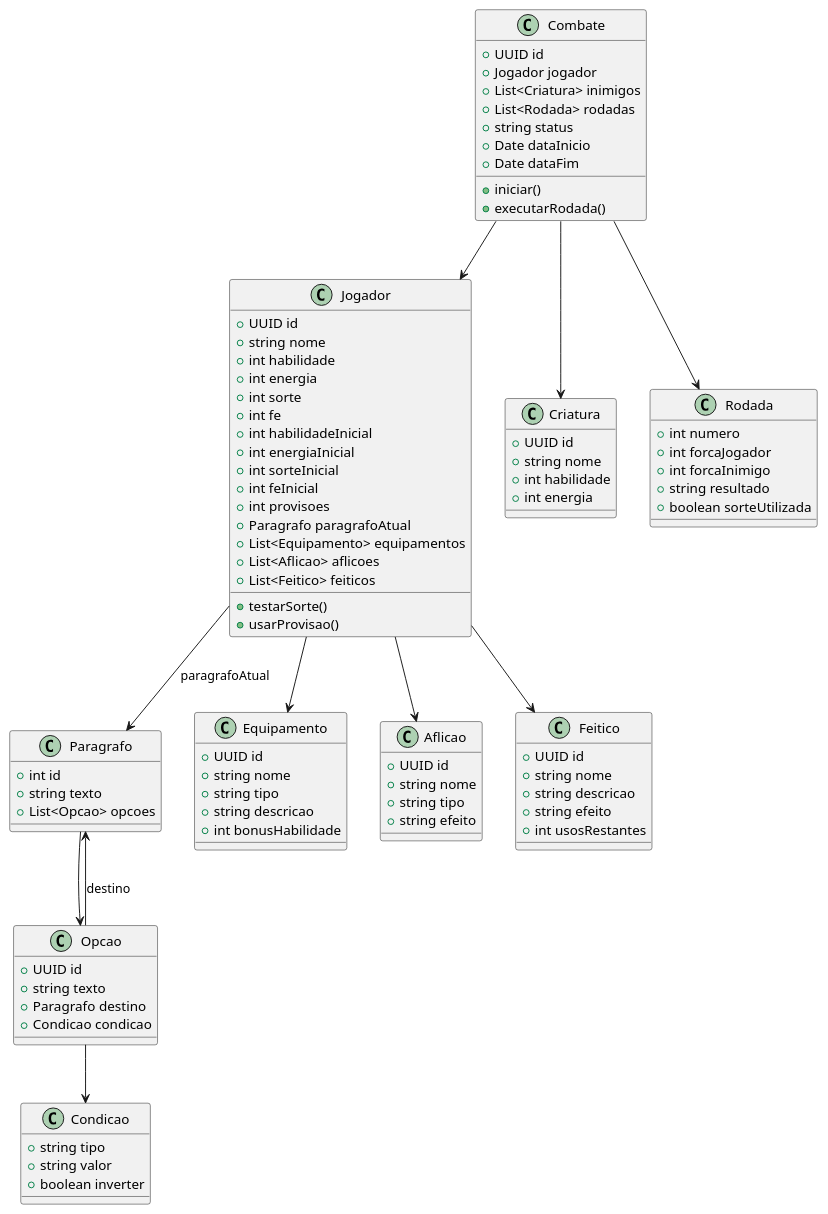
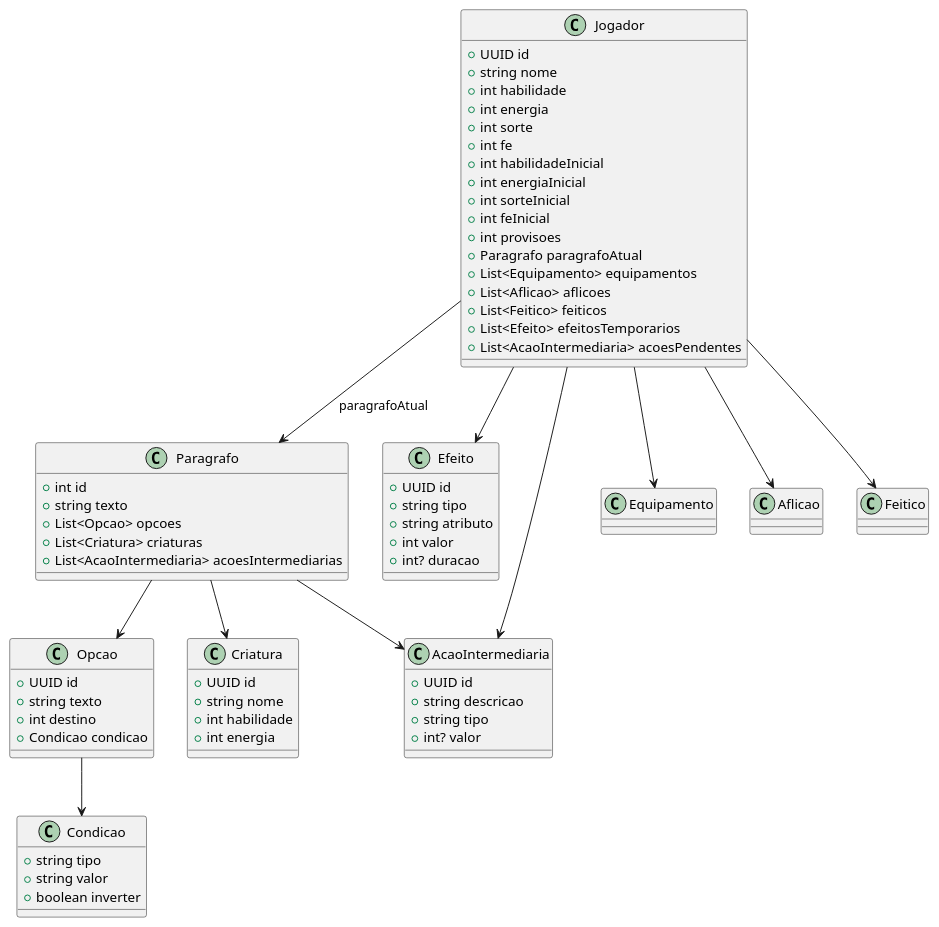
Before and after one commit to RodValentinord/rpgaventuras: the diagram in docs/uml_model.puml, drawn with PlantUML. The commit also changed 6 other files, not shown here.

```diff
--- a/docs/uml_model.puml
+++ b/docs/uml_model.puml
@@ -2,102 +2,75 @@
 @startuml
 class Jogador {
   +UUID id
   +string nome
   +int habilidade
   +int energia
   +int sorte
   +int fe
   +int habilidadeInicial
   +int energiaInicial
   +int sorteInicial
   +int feInicial
   +int provisoes
   +Paragrafo paragrafoAtual
   +List<Equipamento> equipamentos
   +List<Aflicao> aflicoes
   +List<Feitico> feiticos
-  +testarSorte()
-  +usarProvisao()
+  +List<Efeito> efeitosTemporarios
+  +List<AcaoIntermediaria> acoesPendentes
 }
 
 class Paragrafo {
   +int id
   +string texto
   +List<Opcao> opcoes
+  +List<Criatura> criaturas
+  +List<AcaoIntermediaria> acoesIntermediarias
 }
 
 class Opcao {
   +UUID id
   +string texto
-  +Paragrafo destino
+  +int destino
   +Condicao condicao
-}
-
-class Condicao {
-  +string tipo
-  +string valor
-  +boolean inverter
-}
-
-class Combate {
-  +UUID id
-  +Jogador jogador
-  +List<Criatura> inimigos
-  +List<Rodada> rodadas
-  +string status
-  +Date dataInicio
-  +Date dataFim
-  +iniciar()
-  +executarRodada()
 }
 
 class Criatura {
   +UUID id
   +string nome
   +int habilidade
   +int energia
 }
 
-class Rodada {
-  +int numero
-  +int forcaJogador
-  +int forcaInimigo
-  +string resultado
-  +boolean sorteUtilizada
+class Efeito {
+  +UUID id
+  +string tipo
+  +string atributo
+  +int valor
+  +int? duracao
 }
 
-class Equipamento {
+class AcaoIntermediaria {
   +UUID id
-  +string nome
+  +string descricao
   +string tipo
-  +string descricao
-  +int bonusHabilidade
+  +int? valor
 }
 
-class Aflicao {
-  +UUID id
-  +string nome
+class Condicao {
   +string tipo
-  +string efeito
-}
-
-class Feitico {
-  +UUID id
-  +string nome
-  +string descricao
-  +string efeito
-  +int usosRestantes
+  +string valor
+  +boolean inverter
 }
 
 Jogador --> Paragrafo : paragrafoAtual
 Paragrafo --> Opcao
-Opcao --> Paragrafo : destino
+Paragrafo --> Criatura
+Paragrafo --> AcaoIntermediaria
 Opcao --> Condicao
 Jogador --> Equipamento
 Jogador --> Aflicao
 Jogador --> Feitico
-Combate --> Jogador
-Combate --> Criatura
-Combate --> Rodada
-
+Jogador --> Efeito
+Jogador --> AcaoIntermediaria
 @enduml
```
